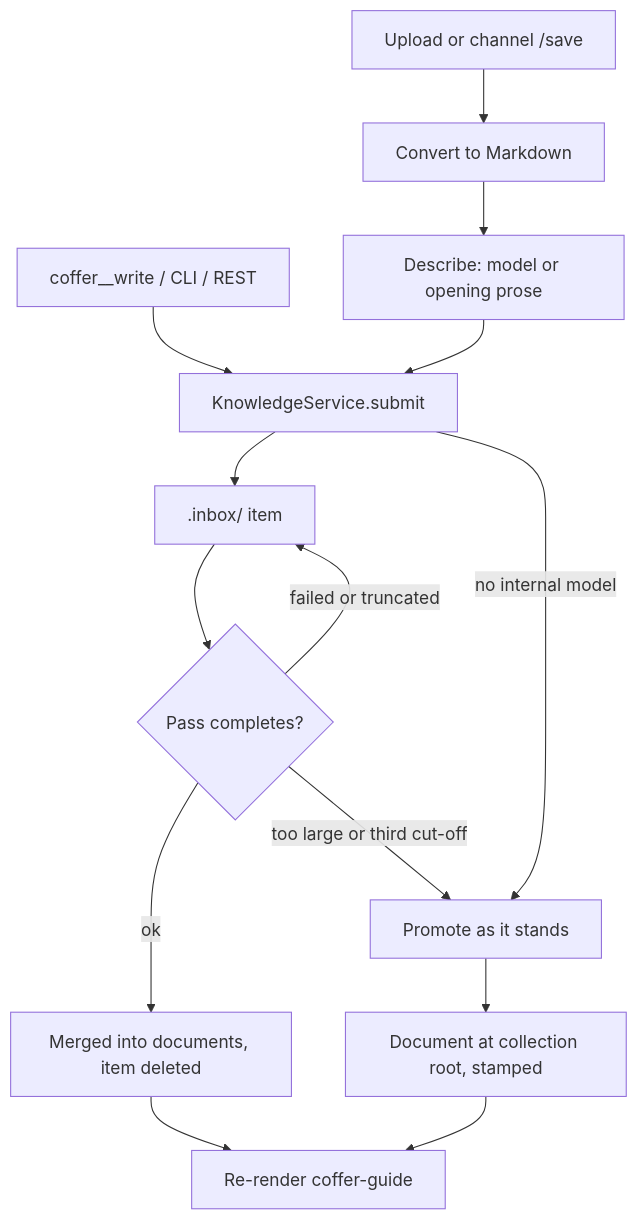
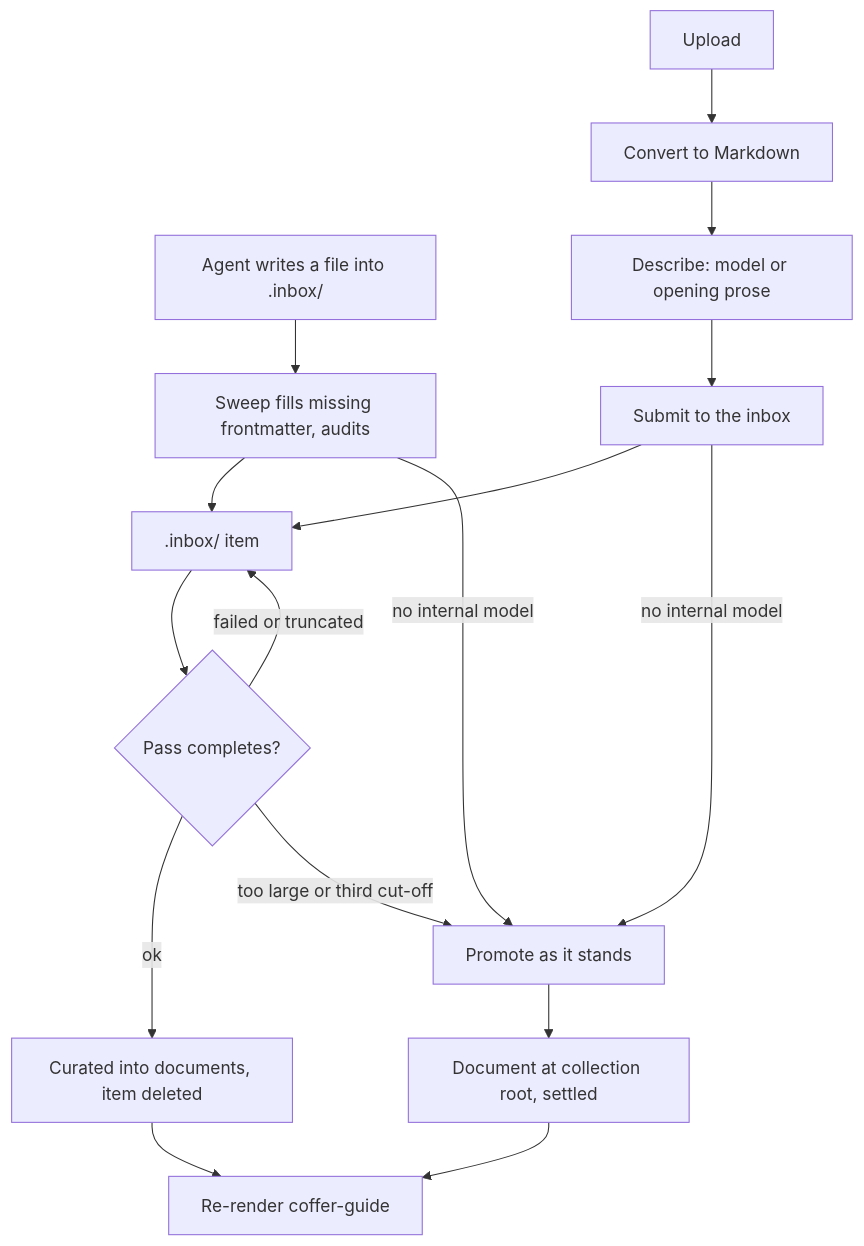
The first of 3 diagrams in docs-site/architecture/knowledge.md (wyx-sg/Coffer), drawn with Mermaid before and after one commit. The commit also changed other lines of this file and 4384 other files, not shown here.

````diff
--- a/docs-site/architecture/knowledge.md
+++ b/docs-site/architecture/knowledge.md
@@ -101,16 +97,18 @@
 ```mermaid
 flowchart TD
-  W["coffer__write / CLI / REST"] --> S["KnowledgeService.submit"]
-  U["Upload or channel /save"] --> C["Convert to Markdown"]
+  W["Agent writes a file into .inbox/"] --> N["Sweep fills missing frontmatter, audits"]
+  U["Upload"] --> C["Convert to Markdown"]
   C --> D["Describe: model or opening prose"]
-  D --> S
+  D --> S["Submit to the inbox"]
   S --> I[".inbox/ item"]
+  N --> I
   S -->|"no internal model"| P["Promote as it stands"]
+  N -->|"no internal model"| P
   I --> Q{"Pass completes?"}
-  Q -->|"ok"| M["Merged into documents, item deleted"]
+  Q -->|"ok"| M["Curated into documents, item deleted"]
   Q -->|"failed or truncated"| I
   Q -->|"too large or third cut-off"| P
-  P --> DOC["Document at collection root, stamped"]
+  P --> DOC["Document at collection root, settled"]
   M --> G["Re-render coffer-guide"]
   DOC --> G
 ```
````
